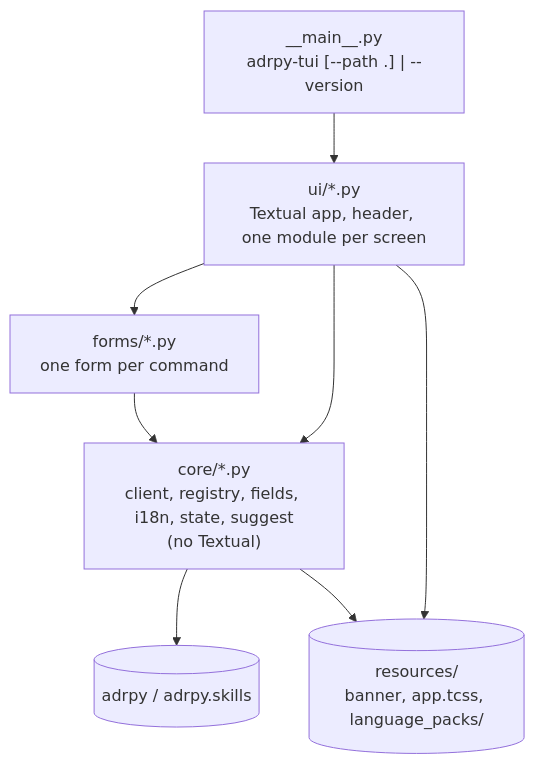
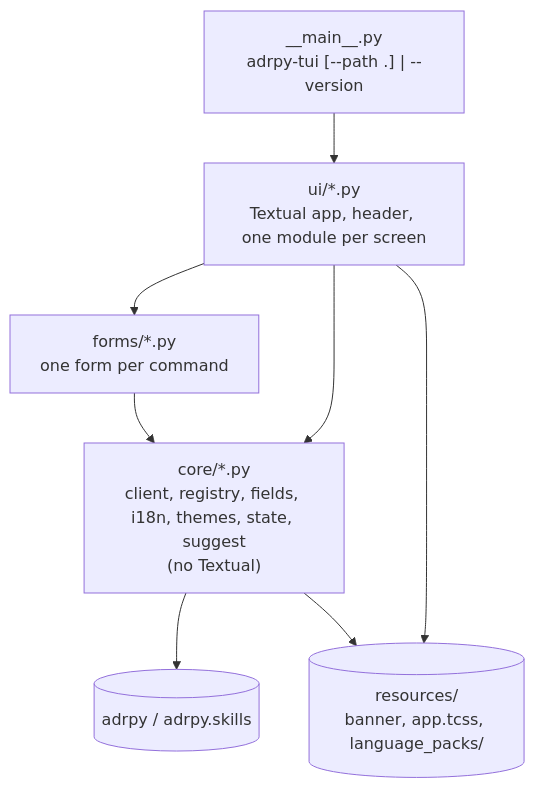
One commit to FRACerqueira/adrpy-tui changed the diagram in doc/architecture.md. Above: the diagram before and after it, drawn with Mermaid. The commit also changed other lines of this file and 23 other files, not shown here.

````diff
--- a/doc/architecture.md
+++ b/doc/architecture.md
@@ -53,10 +53,10 @@
 ```mermaid
 graph TD
     MAIN["__main__.py<br/>adrpy-tui [--path .] | --version"] --> UI
     UI["ui/*.py<br/>Textual app, header, one module per screen"] --> FORMS
     UI --> CORE
     FORMS["forms/*.py<br/>one form per command"] --> CORE
-    CORE["core/*.py<br/>client, registry, fields, i18n, state, suggest<br/>(no Textual)"] --> CLI[("adrpy / adrpy.skills")]
+    CORE["core/*.py<br/>client, registry, fields, i18n, themes, state, suggest<br/>(no Textual)"] --> CLI[("adrpy / adrpy.skills")]
     UI --> RES[("resources/<br/>banner, app.tcss, language_packs/")]
     CORE --> RES
 ```
````
